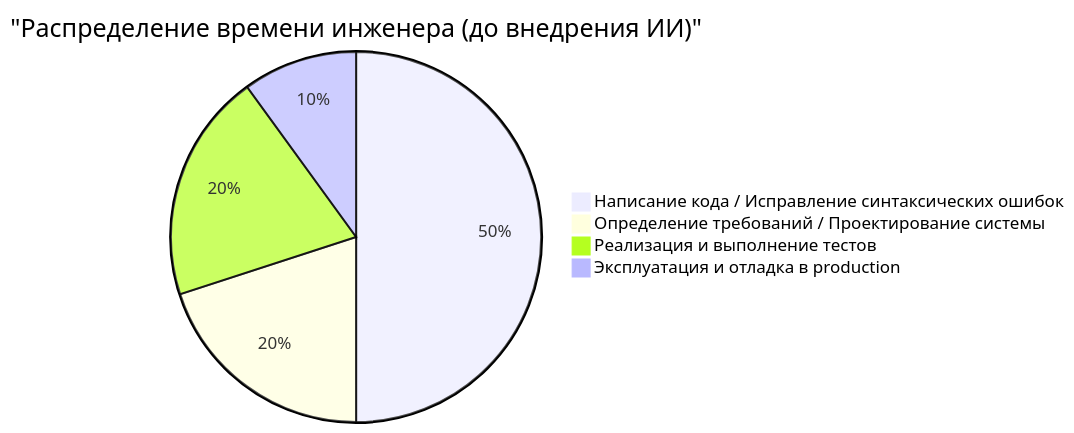
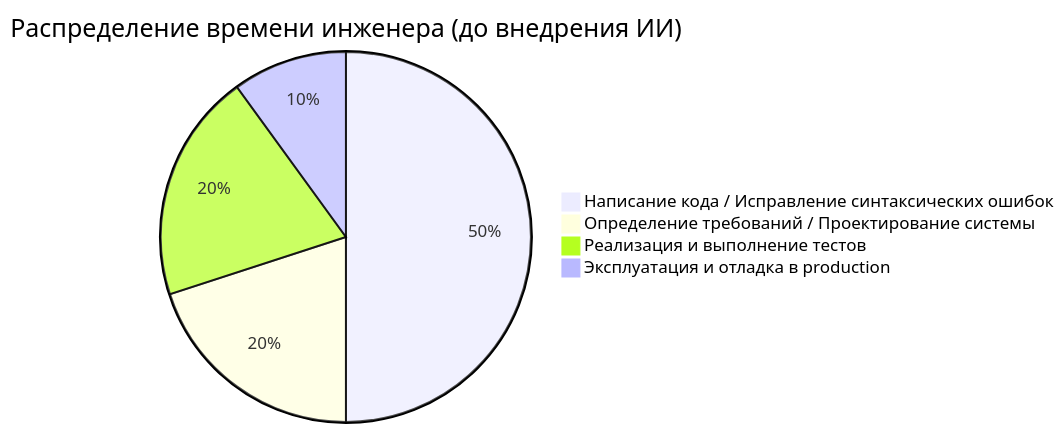
Before and after one commit to kenjinote/blog: the third of 4 diagrams in content/post/human_engineer_skills/index.ru.md, drawn with Mermaid. The commit also changed other lines of this file and 703 other files, not shown here.

Commit message:
Fix: Remove quotes from Mermaid link texts and timeline definitions to support Mermaid 11.4.1

````diff
--- a/content/post/human_engineer_skills/index.ru.md
+++ b/content/post/human_engineer_skills/index.ru.md
@@ -182,7 +182,7 @@
 ```mermaid
-pie title "Распределение времени инженера (до внедрения ИИ)"
+pie title Распределение времени инженера (до внедрения ИИ)
   "Написание кода / Исправление синтаксических ошибок": 50
   "Определение требований / Проектирование системы": 20
   "Реализация и выполнение тестов": 20
   "Эксплуатация и отладка в production": 10
 ```
````
